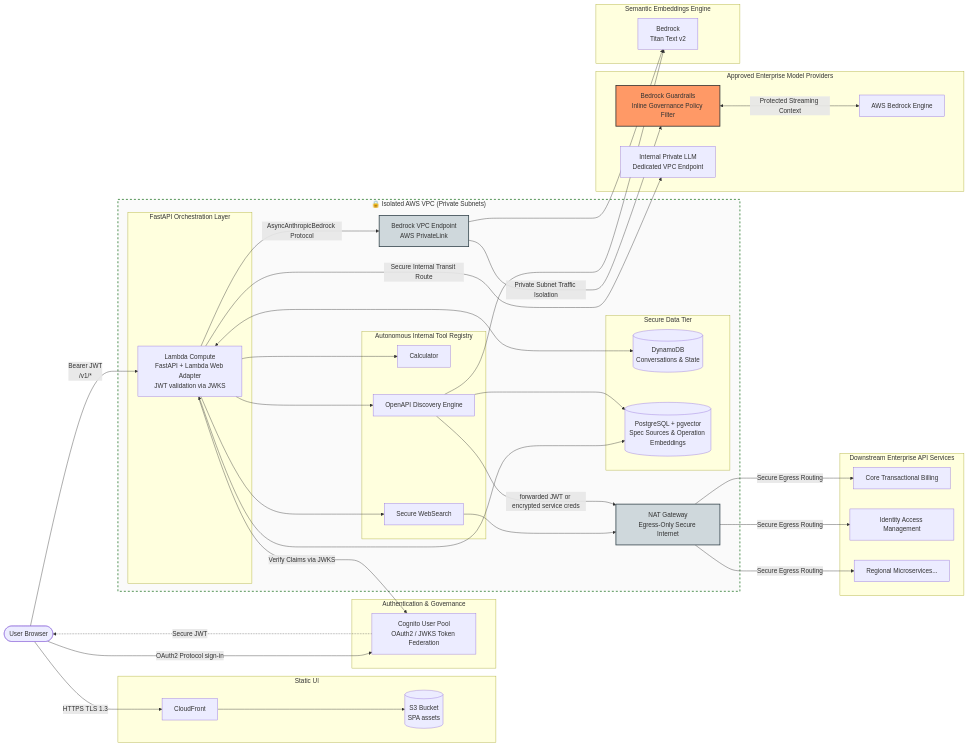
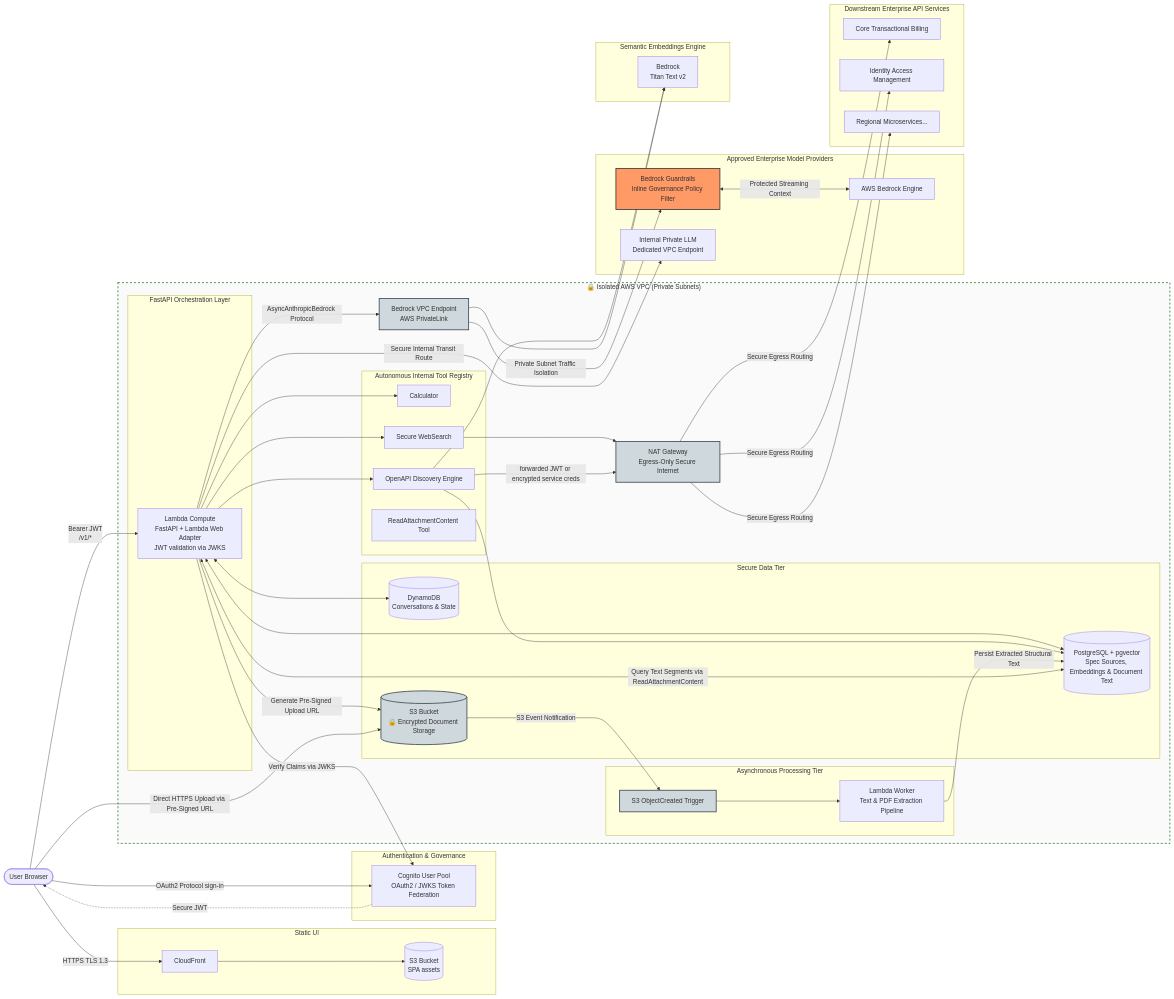
One commit to derekvasilich/lambda-chat-agent changed the diagram in README.md. Above: the diagram before and after it, drawn with Mermaid. The commit also changed other lines of this file, not shown here.

```diff
--- a/README.md
+++ b/README.md
@@ -30,13 +30,20 @@
 
         subgraph Data["Secure Data Tier"]
             DDB[(DynamoDB<br/>Conversations & State)]
-            PG[(PostgreSQL + pgvector<br/>Spec Sources & Operation Embeddings)]
+            PG[(PostgreSQL + pgvector<br/>Spec Sources, Embeddings & Document Text)]
+            S3_Doc[(S3 Bucket<br/>🔒 Encrypted Document Storage)]:::network
         end
 
         subgraph Tools["Autonomous Internal Tool Registry"]
             Calc[Calculator]
             Web[Secure WebSearch]
             OD[OpenAPI Discovery Engine]
+            RA[ReadAttachmentContent Tool]
+        end
+
+        subgraph AsyncDoc["Asynchronous Processing Tier"]
+            S3_Event[S3 ObjectCreated Trigger]:::network
+            Text_Lambda[Lambda Worker<br/>Text & PDF Extraction Pipeline]
         end
         
         %% Secure Networking Boundaries inside the VPC
@@ -97,6 +104,14 @@
     NAT -->|Secure Egress Routing| Svc2
     NAT -->|Secure Egress Routing| SvcN
 
+    %% SECURE DOCUMENT PROCESSING FLOWS
+    Lambda -->|Generate Pre-Signed Upload URL| S3_Doc
+    User -->|Direct HTTPS Upload via Pre-Signed URL| S3_Doc
+    S3_Doc -->|S3 Event Notification| S3_Event
+    S3_Event --> Text_Lambda
+    Text_Lambda -->|Persist Extracted Structural Text| PG
+    Lambda <-->|Query Text Segments via ReadAttachmentContent| PG    
+
     %% Styling and Accents
     classDef network fill:#cfd8dc,stroke:#37474f,stroke-width:2px;
     style Guardrails fill:#f96,stroke:#333,stroke-width:2px;
```
